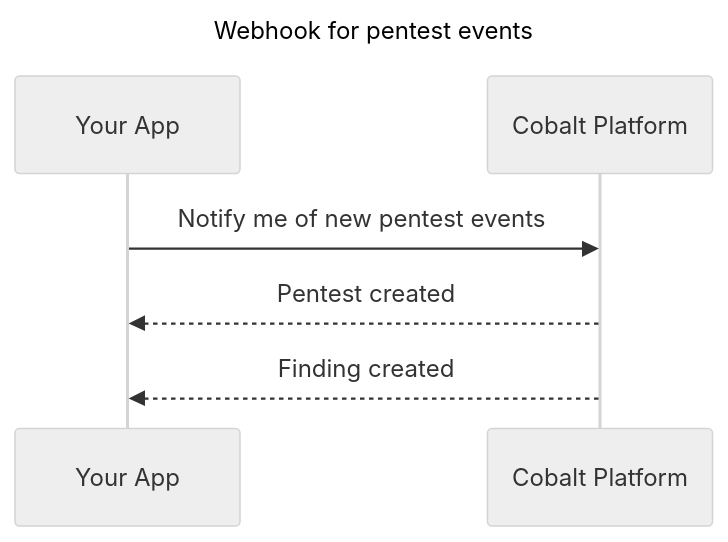
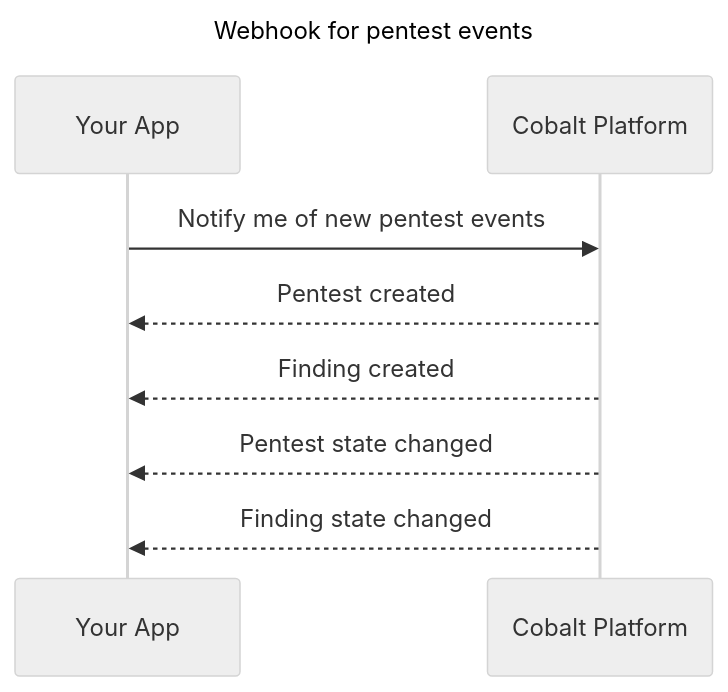
Before and after one commit to cobalthq/cobalt-product-public-docs: the diagram in content/en/Integrations/webhooks.md, drawn with Mermaid (neutral theme).

```diff
--- a/content/en/Integrations/webhooks.md
+++ b/content/en/Integrations/webhooks.md
@@ -23,7 +23,9 @@
 {{< mermaid align="left" theme="default" >}}
 sequenceDiagram
   title Webhook for pentest events
    Your App->>Cobalt Platform: Notify me of new pentest events
    Cobalt Platform-->>Your App: Pentest created
    Cobalt Platform-->>Your App: Finding created
+   Cobalt Platform-->>Your App: Pentest state changed
+   Cobalt Platform-->>Your App: Finding state changed
 {{< /mermaid >}}
```
